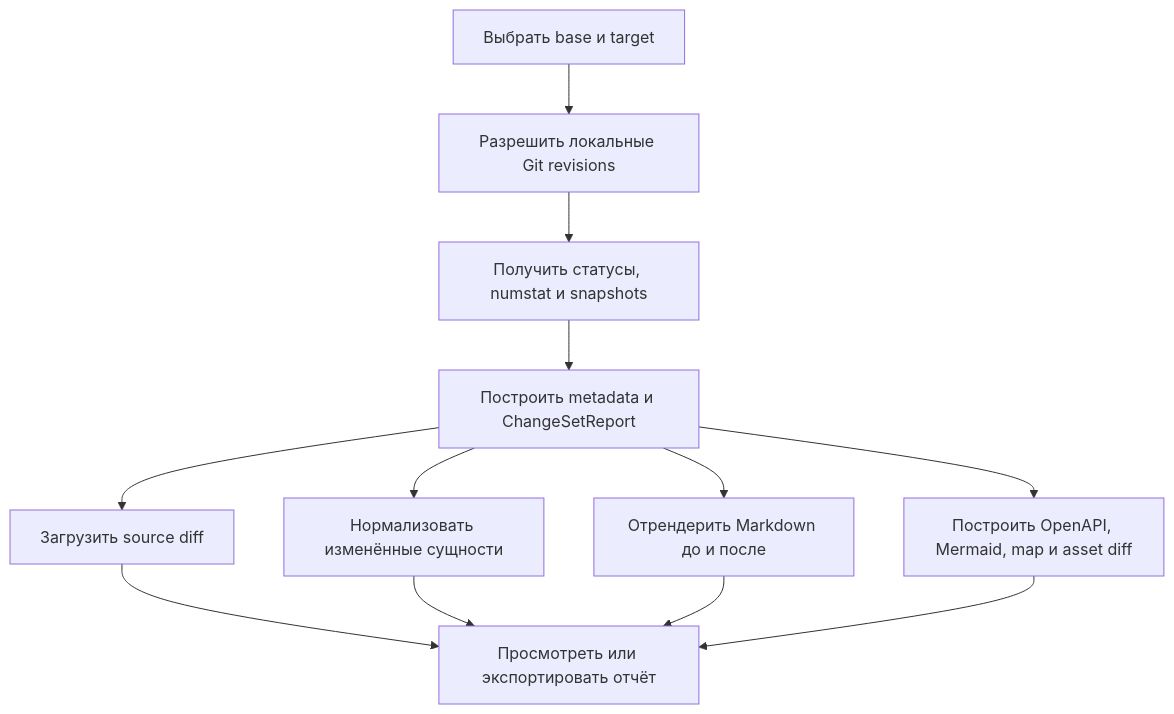
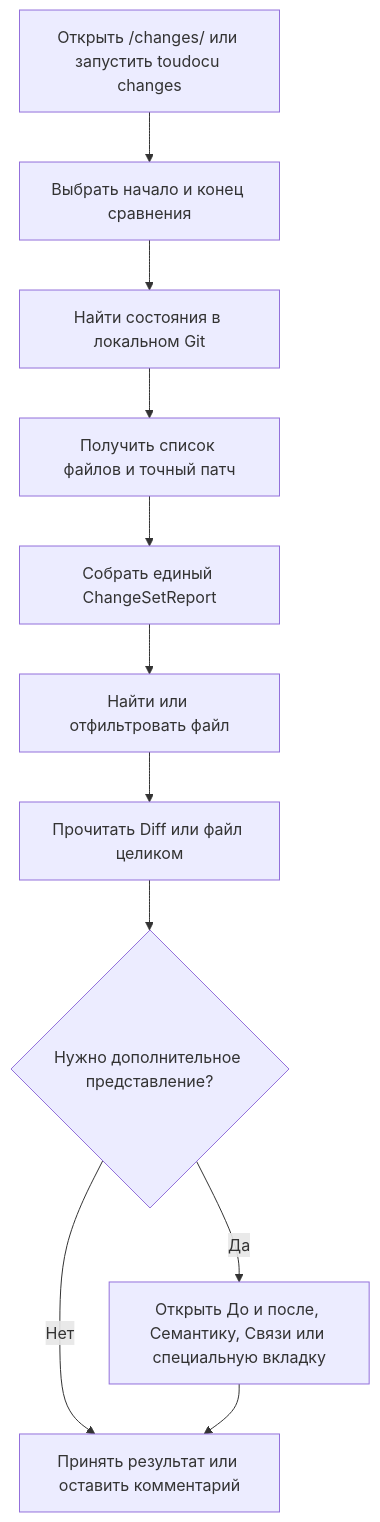
The diagram in docs/flows/FLOW-DOCS-CHANGES.md (lumenikoly/toudocu), drawn with Mermaid before and after one commit. The commit also changed other lines of this file and 418 other files, not shown here.

````diff
--- a/docs/flows/FLOW-DOCS-CHANGES.md
+++ b/docs/flows/FLOW-DOCS-CHANGES.md
@@ -13,14 +13,13 @@
 ```mermaid
 flowchart TD
-    Select["Выбрать base и target"] --> Resolve["Разрешить локальные Git revisions"]
-    Resolve --> Files["Получить статусы, numstat и snapshots"]
-    Files --> Report["Построить metadata и ChangeSetReport"]
-    Report --> Source["Загрузить source diff"]
-    Report --> Semantic["Нормализовать изменённые сущности"]
-    Report --> Rendered["Отрендерить Markdown до и после"]
-    Report --> Specialized["Построить OpenAPI, Mermaid, map и asset diff"]
-    Source --> Review["Просмотреть или экспортировать отчёт"]
-    Semantic --> Review
-    Rendered --> Review
-    Specialized --> Review
+    Start["Открыть /changes/ или запустить toudocu changes"] --> Range["Выбрать начало и конец сравнения"]
+    Range --> Resolve["Найти состояния в локальном Git"]
+    Resolve --> Files["Получить список файлов и точный патч"]
+    Files --> Report["Собрать единый ChangeSetReport"]
+    Report --> Filter["Найти или отфильтровать файл"]
+    Filter --> Diff["Прочитать Diff или файл целиком"]
+    Diff --> Extra{"Нужно дополнительное представление?"}
+    Extra -->|Да| Views["Открыть До и после, Семантику, Связи или специальную вкладку"]
+    Extra -->|Нет| Finish["Принять результат или оставить комментарий"]
+    Views --> Finish
 ```
````
